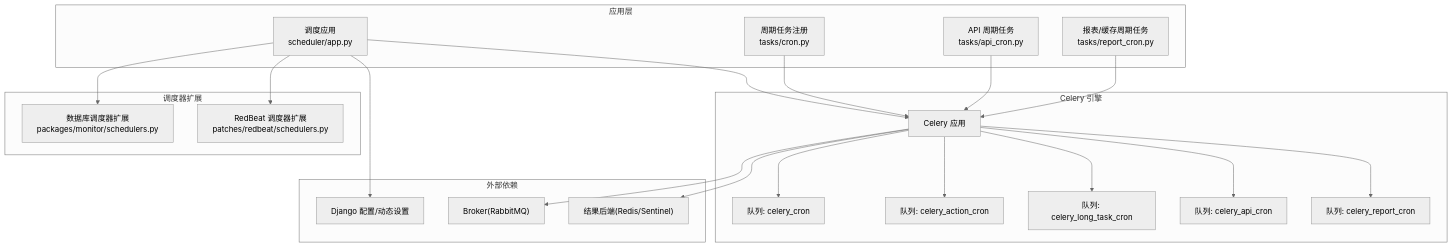
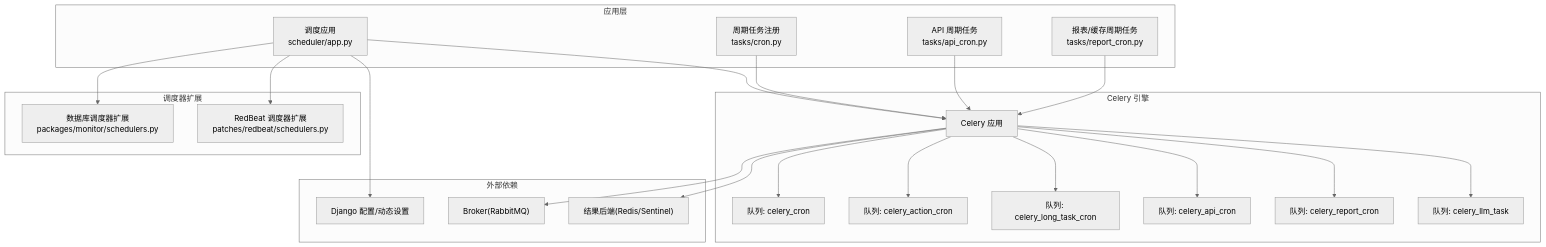
Before and after one commit to HACK-WU/bk-monitor-wiki: the second of 6 diagrams in wiki/核心模块架构/告警后端模块/告警服务层/调度器服务.md, drawn with Mermaid (neutral theme). The commit also changed other lines of this file and 22 other files, not shown here.

````diff
--- a/wiki/核心模块架构/告警后端模块/告警服务层/调度器服务.md
+++ b/wiki/核心模块架构/告警后端模块/告警服务层/调度器服务.md
@@ -89,40 +91,42 @@
 ```mermaid
 graph TB
 subgraph "应用层"
 S["调度应用<br/>scheduler/app.py"]
 T1["周期任务注册<br/>tasks/cron.py"]
 T2["API 周期任务<br/>tasks/api_cron.py"]
 T3["报表/缓存周期任务<br/>tasks/report_cron.py"]
 end
 subgraph "Celery 引擎"
 C["Celery 应用"]
 Q1["队列: celery_cron"]
 Q2["队列: celery_action_cron"]
 Q3["队列: celery_long_task_cron"]
 Q4["队列: celery_api_cron"]
 Q5["队列: celery_report_cron"]
+Q6["队列: celery_llm_task"]
 end
 subgraph "调度器扩展"
 MDS["数据库调度器扩展<br/>packages/monitor/schedulers.py"]
 RBS["RedBeat 调度器扩展<br/>patches/redbeat/schedulers.py"]
 end
 subgraph "外部依赖"
 DJ["Django 配置/动态设置"]
 BR["Broker(RabbitMQ)"]
 RB["结果后端(Redis/Sentinel)"]
 end
 S --> C
 S --> DJ
 C --> BR
 C --> RB
 S --> MDS
 S --> RBS
 T1 --> C
 T2 --> C
 T3 --> C
 C --> Q1
 C --> Q2
 C --> Q3
 C --> Q4
 C --> Q5
+C --> Q6
 ```
````
